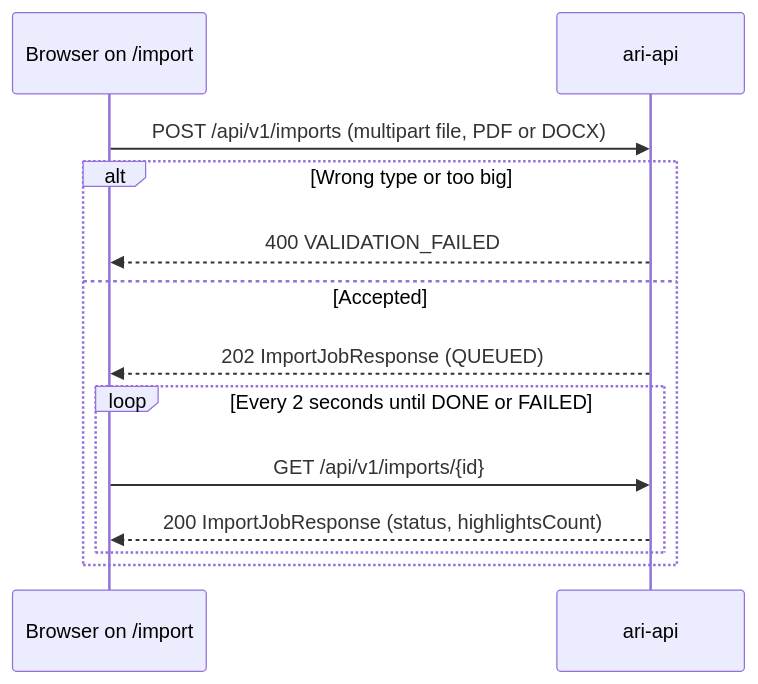
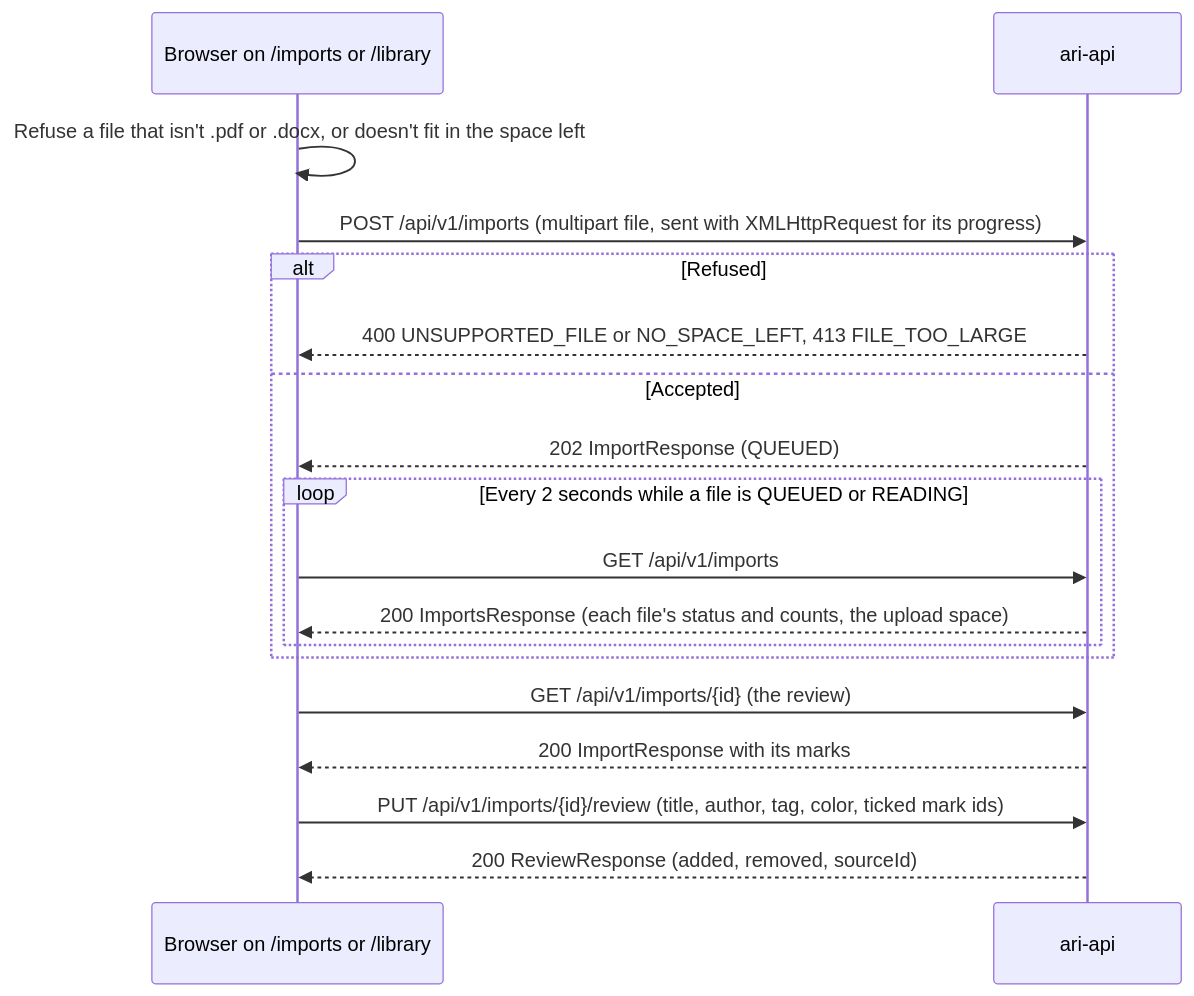
Before and after one commit to salimsalimzade/ari: the sixth of 13 diagrams in docs/sequences.md, drawn with Mermaid. The commit also changed other lines of this file and 22 other files, not shown here.

````diff
--- a/docs/sequences.md
+++ b/docs/sequences.md
@@ -168,15 +171,20 @@
 ```mermaid
 sequenceDiagram
-  participant B as Browser on /import
+  participant B as Browser on /imports or /library
   participant A as ari-api
-  B->>A: POST /api/v1/imports (multipart file, PDF or DOCX)
-  alt Wrong type or too big
-    A-->>B: 400 VALIDATION_FAILED
+  B->>B: Refuse a file that isn't .pdf or .docx, or doesn't fit in the space left
+  B->>A: POST /api/v1/imports (multipart file, sent with XMLHttpRequest for its progress)
+  alt Refused
+    A-->>B: 400 UNSUPPORTED_FILE or NO_SPACE_LEFT, 413 FILE_TOO_LARGE
   else Accepted
-    A-->>B: 202 ImportJobResponse (QUEUED)
-    loop Every 2 seconds until DONE or FAILED
-      B->>A: GET /api/v1/imports/{id}
-      A-->>B: 200 ImportJobResponse (status, highlightsCount)
+    A-->>B: 202 ImportResponse (QUEUED)
+    loop Every 2 seconds while a file is QUEUED or READING
+      B->>A: GET /api/v1/imports
+      A-->>B: 200 ImportsResponse (each file's status and counts, the upload space)
     end
   end
+  B->>A: GET /api/v1/imports/{id} (the review)
+  A-->>B: 200 ImportResponse with its marks
+  B->>A: PUT /api/v1/imports/{id}/review (title, author, tag, color, ticked mark ids)
+  A-->>B: 200 ReviewResponse (added, removed, sourceId)
 ```
````
